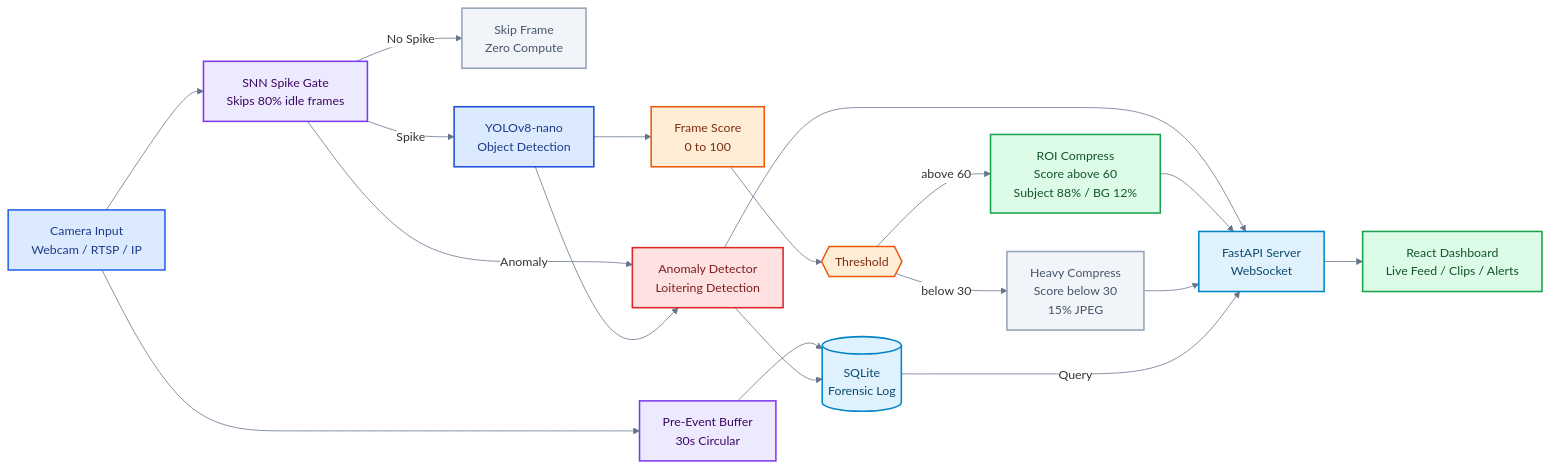
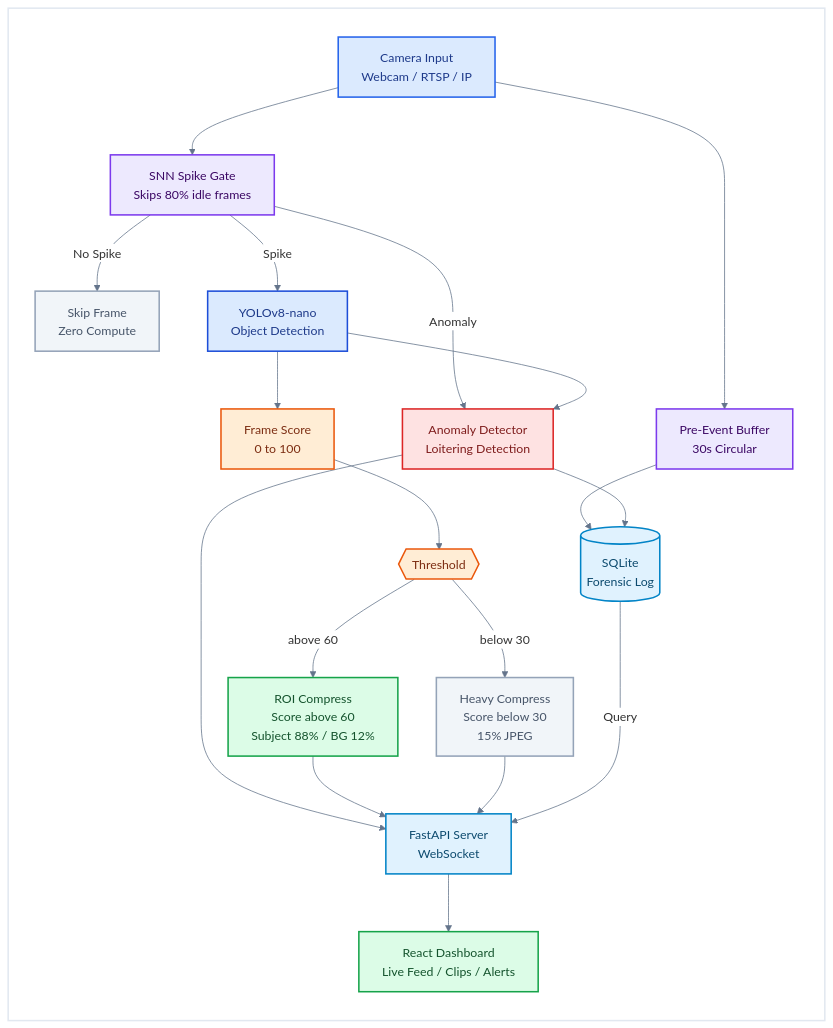
The diagram in README.md (dPurvesh/Team_Spectrum), drawn with Mermaid before and after one commit.

Commit message:
docs: wrap diagram in single white subgraph canvas (CANVAS style fill white)

````diff
--- a/README.md
+++ b/README.md
@@ -34,44 +34,48 @@
 ```mermaid
 %%{init: {'theme': 'base', 'themeVariables': {'background': '#ffffff', 'mainBkg': '#ffffff', 'edgeLabelBackground': '#ffffff', 'lineColor': '#64748b'}}}%%
 flowchart LR
     classDef cam      fill:#dbeafe,stroke:#2563eb,stroke-width:2px,color:#1e3a8a
     classDef snn      fill:#ede9fe,stroke:#7c3aed,stroke-width:2px,color:#3b0764
     classDef yolo     fill:#dbeafe,stroke:#1d4ed8,stroke-width:2px,color:#1e3a8a
     classDef score    fill:#ffedd5,stroke:#ea580c,stroke-width:2px,color:#7c2d12
     classDef skip     fill:#f1f5f9,stroke:#94a3b8,stroke-width:2px,color:#475569
     classDef alert    fill:#fee2e2,stroke:#dc2626,stroke-width:2px,color:#7f1d1d
     classDef compress fill:#dcfce7,stroke:#16a34a,stroke-width:2px,color:#14532d
     classDef infra    fill:#e0f2fe,stroke:#0284c7,stroke-width:2px,color:#0c4a6e
 
-    CAM["Camera Input\nWebcam / RTSP / IP"]:::cam
-    PREBUF["Pre-Event Buffer\n30s Circular"]:::snn
-    SNN["SNN Spike Gate\nSkips 80% idle frames"]:::snn
-    SKIP["Skip Frame\nZero Compute"]:::skip
-    YOLO["YOLOv8-nano\nObject Detection"]:::yolo
-    ANOM["Anomaly Detector\nLoitering Detection"]:::alert
-    SCORE["Frame Score\n0 to 100"]:::score
-    DEC{{"Threshold"}}:::score
-    HEAVY["Heavy Compress\nScore below 30\n15% JPEG"]:::skip
-    ROI["ROI Compress\nScore above 60\nSubject 88% / BG 12%"]:::compress
-    DB[("SQLite\nForensic Log")]:::infra
-    API["FastAPI Server\nWebSocket"]:::infra
-    DASH["React Dashboard\nLive Feed / Clips / Alerts"]:::compress
+    subgraph CANVAS[" "]
+        CAM["Camera Input\nWebcam / RTSP / IP"]:::cam
+        PREBUF["Pre-Event Buffer\n30s Circular"]:::snn
+        SNN["SNN Spike Gate\nSkips 80% idle frames"]:::snn
+        SKIP["Skip Frame\nZero Compute"]:::skip
+        YOLO["YOLOv8-nano\nObject Detection"]:::yolo
+        ANOM["Anomaly Detector\nLoitering Detection"]:::alert
+        SCORE["Frame Score\n0 to 100"]:::score
+        DEC{{"Threshold"}}:::score
+        HEAVY["Heavy Compress\nScore below 30\n15% JPEG"]:::skip
+        ROI["ROI Compress\nScore above 60\nSubject 88% / BG 12%"]:::compress
+        DB[("SQLite\nForensic Log")]:::infra
+        API["FastAPI Server\nWebSocket"]:::infra
+        DASH["React Dashboard\nLive Feed / Clips / Alerts"]:::compress
 
-    CAM --> SNN
-    CAM --> PREBUF
-    SNN -->|"No Spike"| SKIP
-    SNN -->|"Spike"| YOLO
-    SNN -->|"Anomaly"| ANOM
-    YOLO --> ANOM
-    YOLO --> SCORE
-    SCORE --> DEC
-    DEC -->|"below 30"| HEAVY
-    DEC -->|"above 60"| ROI
-    PREBUF --> DB
-    ANOM --> DB
-    ANOM --> API
-    ROI --> API
-    HEAVY --> API
-    DB -->|"Query"| API
-    API --> DASH
+        CAM --> SNN
+        CAM --> PREBUF
+        SNN -->|"No Spike"| SKIP
+        SNN -->|"Spike"| YOLO
+        SNN -->|"Anomaly"| ANOM
+        YOLO --> ANOM
+        YOLO --> SCORE
+        SCORE --> DEC
+        DEC -->|"below 30"| HEAVY
+        DEC -->|"above 60"| ROI
+        PREBUF --> DB
+        ANOM --> DB
+        ANOM --> API
+        ROI --> API
+        HEAVY --> API
+        DB -->|"Query"| API
+        API --> DASH
+    end
+
+    style CANVAS fill:#ffffff,stroke:#e2e8f0,stroke-width:2px
 ```
````
